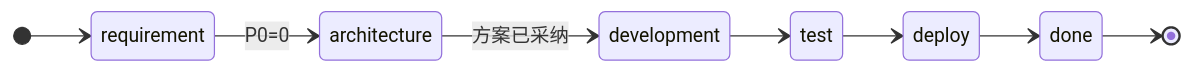
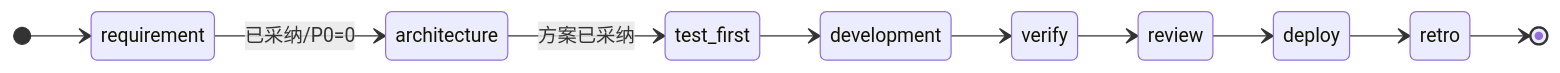
One commit to Wlx682/AI-Work-Kit changed the diagram in Contexts/决策/AI-Work-Kit工作流总览.md. Above: the diagram before and after it, drawn with Mermaid. The commit also changed other lines of this file and 12 other files, not shown here.

First line of the commit message:
feat: full-cycle 重构为积木框架，蓝图 manifest 驱动多工作流

````diff
--- a/Contexts/决策/AI-Work-Kit工作流总览.md
+++ b/Contexts/决策/AI-Work-Kit工作流总览.md
@@ -45,11 +62,13 @@
 ```mermaid
 stateDiagram-v2
     direction LR
     [*] --> requirement
-    requirement --> architecture: P0=0
-    architecture --> development: 方案已采纳
-    development --> test
-    test --> deploy
-    deploy --> done
-    done --> [*]
+    requirement --> architecture: 已采纳/P0=0
+    architecture --> test_first: 方案已采纳
+    test_first --> development
+    development --> verify
+    verify --> review
+    review --> deploy
+    deploy --> retro
+    retro --> [*]
 ```
````
